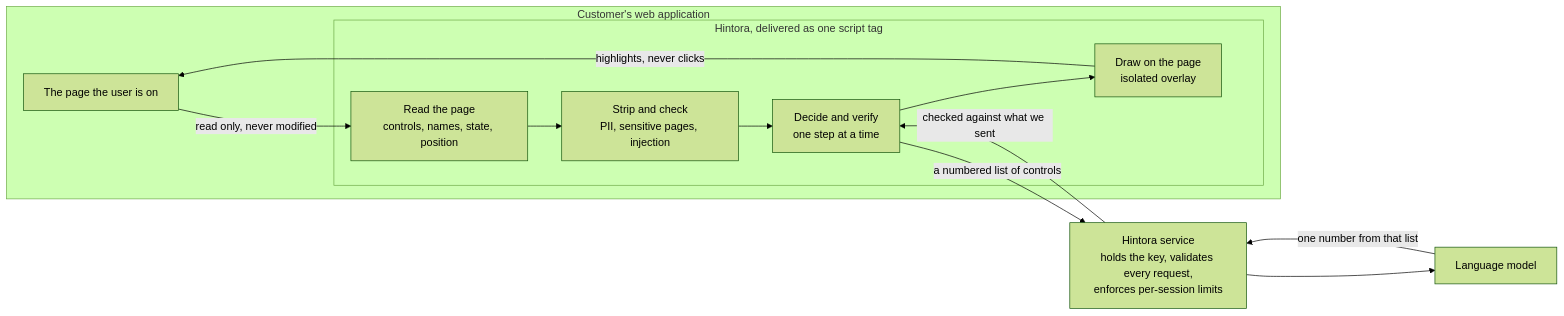
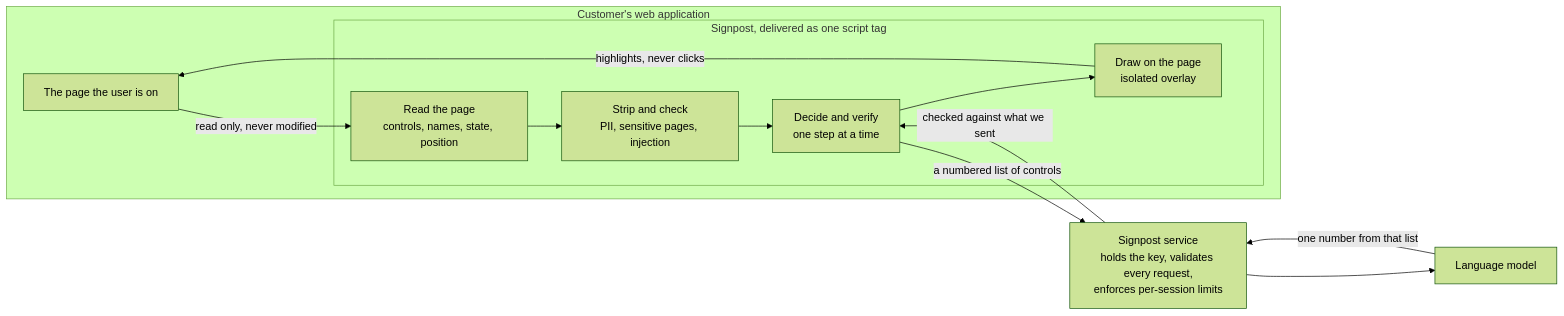
The first of 3 diagrams in README.md (yordan-gergov01/signpost-browser-guidance), drawn with Mermaid (forest theme) before and after one commit. The commit also changed other lines of this file and 74 other files, not shown here.

````diff
--- a/README.md
+++ b/README.md
@@ -81,24 +82,24 @@
 ```mermaid
 flowchart LR
   subgraph app["Customer's web application"]
     dom["The page the user is on"]
-    subgraph embed["Hintora, delivered as one script tag"]
+    subgraph embed["Signpost, delivered as one script tag"]
       read["Read the page<br/>controls, names, state, position"]
       guard["Strip and check<br/>PII, sensitive pages, injection"]
       loop["Decide and verify<br/>one step at a time"]
       draw["Draw on the page<br/>isolated overlay"]
     end
   end
-  svc["Hintora service<br/>holds the key, validates every request,<br/>enforces per-session limits"]
+  svc["Signpost service<br/>holds the key, validates every request,<br/>enforces per-session limits"]
   model["Language model"]
 
   dom -->|read only, never modified| read
   read --> guard
   guard --> loop
   loop -->|"a numbered list of controls"| svc
   svc --> model
   model -->|"one number from that list"| svc
   svc -->|"checked against what we sent"| loop
   loop --> draw
   draw -->|highlights, never clicks| dom
 ```
````
